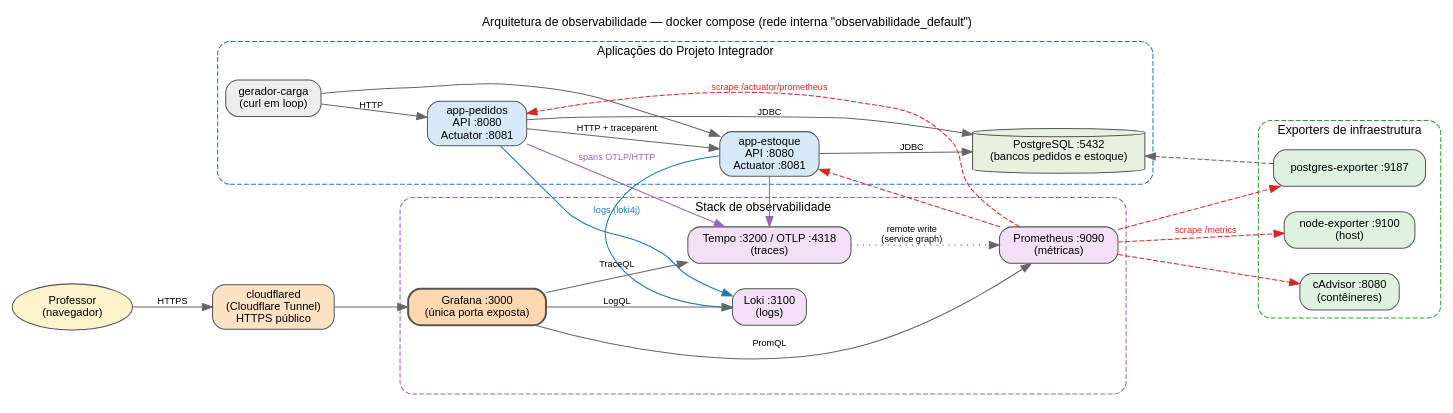
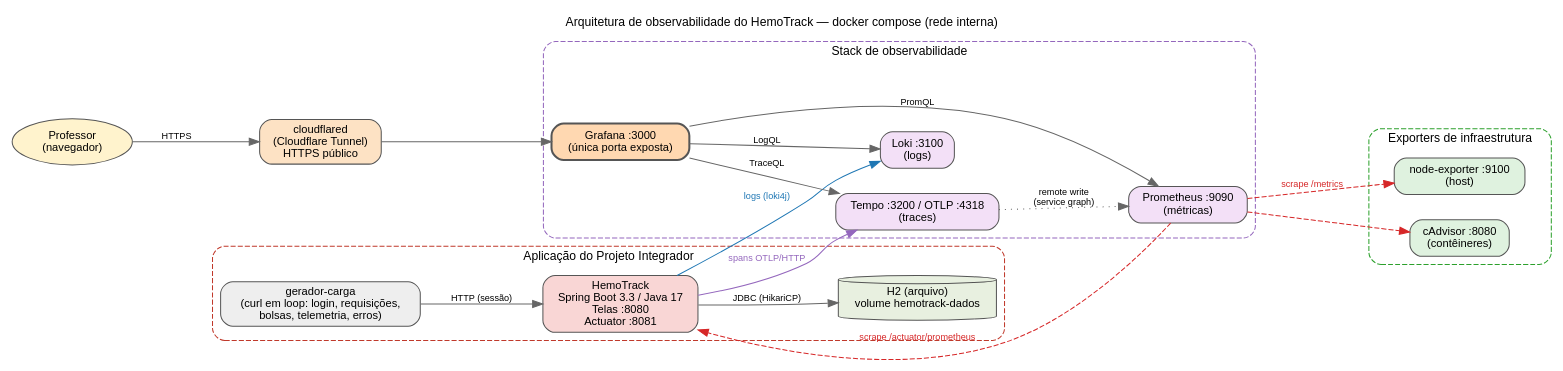
One commit to egs3-coder/Projeto-de-Avalia-o changed the diagram in docs/arquitetura.dot. Above: the diagram before and after it, drawn with Graphviz. The commit also changed 149 other files, not shown here.

First line of the commit message:
Instrumenta o HemoTrack (Projeto Integrador) no lugar das apps de exemplo

```diff
--- a/docs/arquitetura.dot
+++ b/docs/arquitetura.dot
@@ -1,47 +1,39 @@
 digraph G {
-  rankdir=LR; fontname="Helvetica"; fontsize=12; bgcolor="white"; nodesep=0.35; ranksep=0.7;
+  rankdir=LR; fontname="Helvetica"; fontsize=12; bgcolor="white"; nodesep=0.35; ranksep=0.8;
   node [shape=box, style="rounded,filled", fontname="Helvetica", fontsize=11, color="#555555"];
   edge [fontname="Helvetica", fontsize=9, color="#666666"];
-  label="Arquitetura de observabilidade — docker compose (rede interna \"observabilidade_default\")"; labelloc=t;
+  label="Arquitetura de observabilidade do HemoTrack — docker compose (rede interna)"; labelloc=t;
 
   prof [label="Professor\n(navegador)", shape=ellipse, fillcolor="#FFF3CD"];
   cf   [label="cloudflared\n(Cloudflare Tunnel)\nHTTPS público", fillcolor="#FDE2C4"];
 
-  subgraph cluster_apps { label="Aplicações do Projeto Integrador"; style="rounded,dashed"; color="#1F77B4";
-    carga  [label="gerador-carga\n(curl em loop)", fillcolor="#EEEEEE"];
-    ped    [label="app-pedidos\nAPI :8080\nActuator :8081", fillcolor="#D6E9F8"];
-    est    [label="app-estoque\nAPI :8080\nActuator :8081", fillcolor="#D6E9F8"];
-    pg     [label="PostgreSQL :5432\n(bancos pedidos e estoque)", shape=cylinder, fillcolor="#E8F0E0"];
+  subgraph cluster_apps { label="Aplicação do Projeto Integrador"; style="rounded,dashed"; color="#C0392B";
+    carga [label="gerador-carga\n(curl em loop: login, requisições,\nbolsas, telemetria, erros)", fillcolor="#EEEEEE"];
+    hemo  [label="HemoTrack\nSpring Boot 3.3 / Java 17\nTelas :8080\nActuator :8081", fillcolor="#F9D6D5"];
+    h2    [label="H2 (arquivo)\nvolume hemotrack-dados", shape=cylinder, fillcolor="#E8F0E0"];
   }
   subgraph cluster_exp { label="Exporters de infraestrutura"; style="rounded,dashed"; color="#2CA02C";
     node_e [label="node-exporter :9100\n(host)", fillcolor="#DFF2DF"];
     cadv   [label="cAdvisor :8080\n(contêineres)", fillcolor="#DFF2DF"];
-    pge    [label="postgres-exporter :9187", fillcolor="#DFF2DF"];
   }
   subgraph cluster_obs { label="Stack de observabilidade"; style="rounded,dashed"; color="#9467BD";
     prom  [label="Prometheus :9090\n(métricas)", fillcolor="#F3E0F7"];
     loki  [label="Loki :3100\n(logs)", fillcolor="#F3E0F7"];
     tempo [label="Tempo :3200 / OTLP :4318\n(traces)", fillcolor="#F3E0F7"];
     graf  [label="Grafana :3000\n(única porta exposta)", fillcolor="#FFD8B1", penwidth=2];
   }
 
   prof -> cf [label="HTTPS"]; cf -> graf;
-  carga -> ped [label="HTTP"]; carga -> est;
-  ped -> est [label="HTTP + traceparent"];
-  ped -> pg [label="JDBC"]; est -> pg [label="JDBC"];
-  pge -> pg [style=dashed];
+  carga -> hemo [label="HTTP (sessão)"];
+  hemo -> h2 [label="JDBC (HikariCP)"];
 
-  prom -> ped  [label="scrape /actuator/prometheus", style=dashed, color="#D62728", fontcolor="#D62728"];
-  prom -> est  [style=dashed, color="#D62728"];
+  prom -> hemo   [label="scrape /actuator/prometheus", style=dashed, color="#D62728", fontcolor="#D62728"];
   prom -> node_e [label="scrape /metrics", style=dashed, color="#D62728", fontcolor="#D62728"];
-  prom -> cadv [style=dashed, color="#D62728"];
-  prom -> pge  [style=dashed, color="#D62728"];
+  prom -> cadv   [style=dashed, color="#D62728"];
 
-  ped -> loki  [label="logs (loki4j)", color="#1F77B4", fontcolor="#1F77B4"];
-  est -> loki  [color="#1F77B4"];
-  ped -> tempo [label="spans OTLP/HTTP", color="#9467BD", fontcolor="#9467BD"];
-  est -> tempo [color="#9467BD"];
+  hemo -> loki  [label="logs (loki4j)", color="#1F77B4", fontcolor="#1F77B4"];
+  hemo -> tempo [label="spans OTLP/HTTP", color="#9467BD", fontcolor="#9467BD"];
   tempo -> prom [label="remote write\n(service graph)", style=dotted];
 
   graf -> prom [label="PromQL"]; graf -> loki [label="LogQL"]; graf -> tempo [label="TraceQL"];
 }
```
